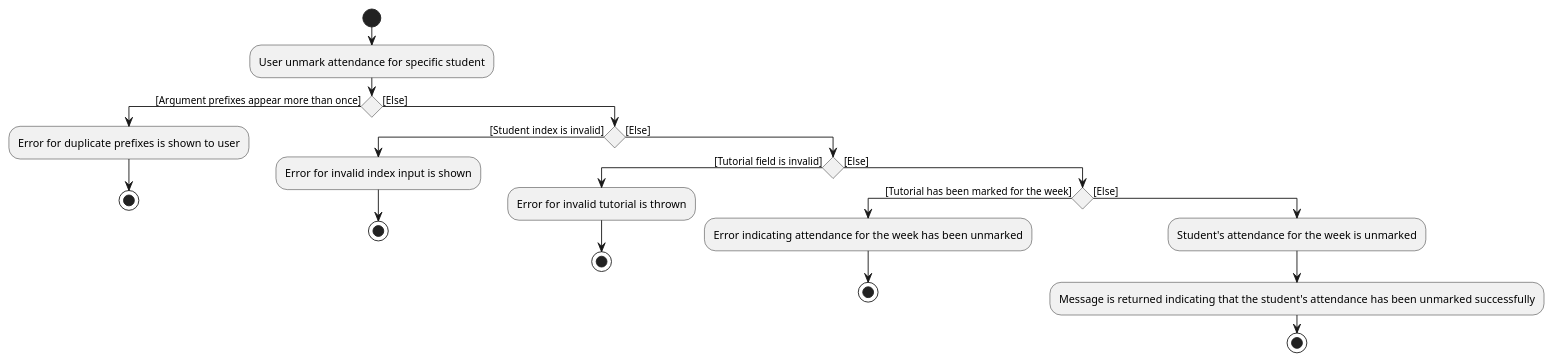
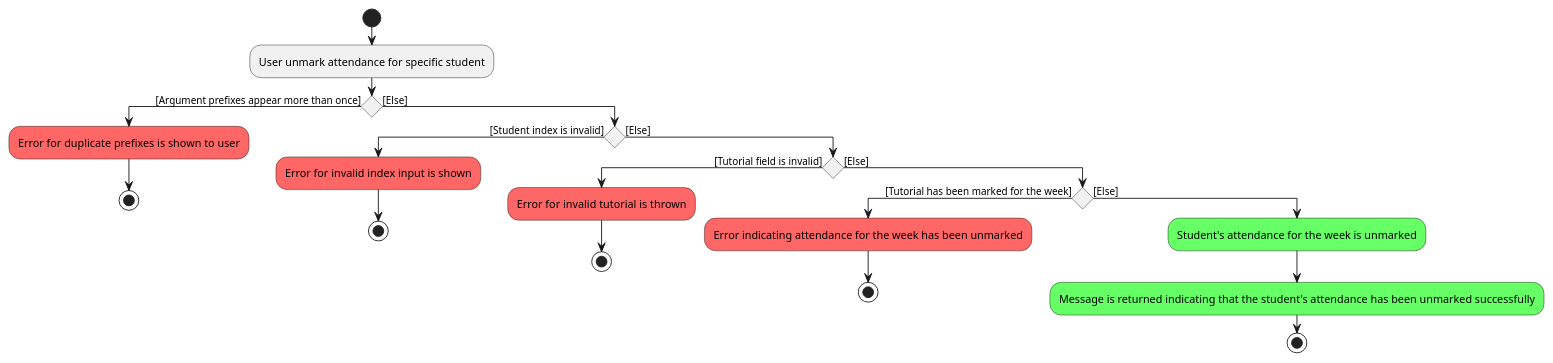
One commit to proto-aiken-13/tp changed the diagram in docs/diagrams/UnmarkAttendanceActivityDiagram.puml. Above: the diagram before and after it, drawn with PlantUML. The commit also changed 1 other file, not shown here.

Commit message:
Fix DG Activity Diagram

```diff
--- a/docs/diagrams/UnmarkAttendanceActivityDiagram.puml
+++ b/docs/diagrams/UnmarkAttendanceActivityDiagram.puml
@@ -1,26 +1,26 @@
 @startuml
 'https://plantuml.com/activity-diagram-beta
 
 start
 :User unmark attendance for specific student;
 if () then ([Argument prefixes appear more than once])
-    :Error for duplicate prefixes is shown to user;
+    #FF6666:Error for duplicate prefixes is shown to user;
     stop;
 else ([Else])
     if () then ([Student index is invalid])
-        :Error for invalid index input is shown;
+        #FF6666:Error for invalid index input is shown;
         stop;
     else ([Else])
         if () then ([Tutorial field is invalid])
-            :Error for invalid tutorial is thrown;
+            #FF6666:Error for invalid tutorial is thrown;
             stop;
         else ([Else])
             if ()  then ([Tutorial has been marked for the week])
-            :Error indicating attendance for the week has been unmarked;
+            #FF6666:Error indicating attendance for the week has been unmarked;
             stop;
         else ([Else])
-            :Student's attendance for the week is unmarked;
-            :Message is returned indicating that the student's attendance has been unmarked successfully;
+            #66FF66:Student's attendance for the week is unmarked;
+            #66FF66:Message is returned indicating that the student's attendance has been unmarked successfully;
 stop
 
 @enduml
```
